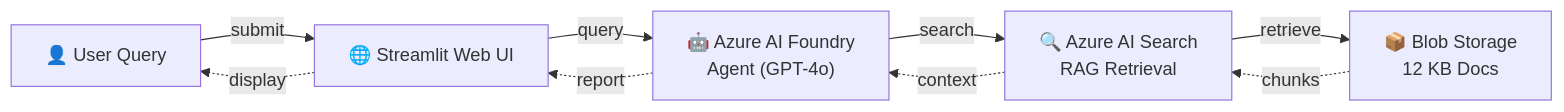
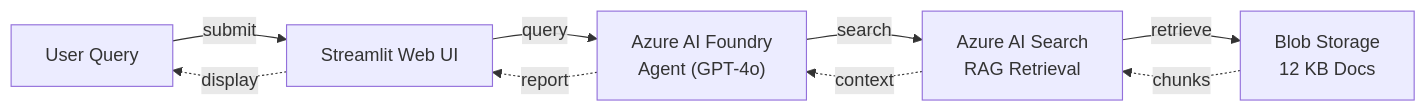
One commit to ADKWDHQWQHDQI/Agent-using-GHCP changed the second of 2 diagrams in README.md. Above: the diagram before and after it, drawn with Mermaid. The commit also changed other lines of this file and 6 other files, not shown here.

````diff
--- a/README.md
+++ b/README.md
@@ -89,11 +89,11 @@
 ```mermaid
 flowchart LR
-    U["👤 User Query"] -->|submit| UI["🌐 Streamlit Web UI"]
-    UI -->|query| A["🤖 Azure AI Foundry\nAgent (GPT-4o)"]
-    A -->|search| S["🔍 Azure AI Search\nRAG Retrieval"]
-    S -->|retrieve| B["📦 Blob Storage\n12 KB Docs"]
+    U[" User Query"] -->|submit| UI[" Streamlit Web UI"]
+    UI -->|query| A[" Azure AI Foundry\nAgent (GPT-4o)"]
+    A -->|search| S[" Azure AI Search\nRAG Retrieval"]
+    S -->|retrieve| B[" Blob Storage\n12 KB Docs"]
     B -.->|chunks| S
     S -.->|context| A
     A -.->|report| UI
     UI -.->|display| U
 ```
````
